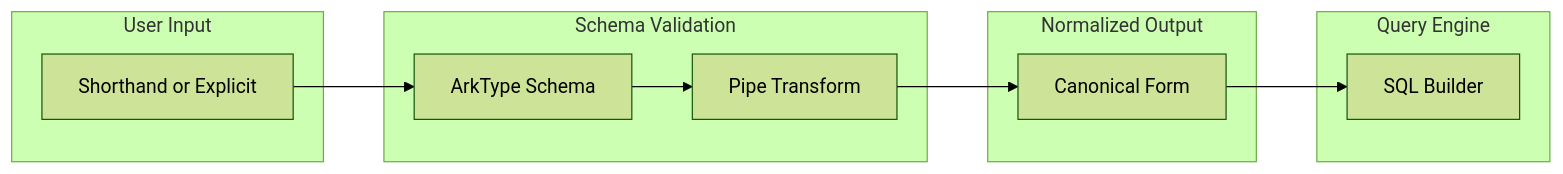
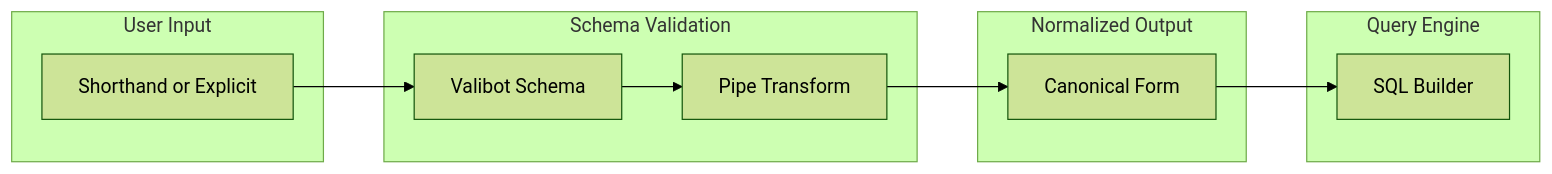
One commit to beynar/viborm changed the first of 4 diagrams in docs/content/docs/internals/normalization.mdx. Above: the diagram before and after it, drawn with Mermaid (forest theme). The commit also changed other lines of this file and 38 other files, not shown here.

````diff
--- a/docs/content/docs/internals/normalization.mdx
+++ b/docs/content/docs/internals/normalization.mdx
@@ -13,24 +13,24 @@
 ```mermaid
 flowchart LR
     subgraph Input["User Input"]
         UI["Shorthand or Explicit"]
     end
 
     subgraph Validation["Schema Validation"]
-        AT[ArkType Schema]
+        VL[Valibot Schema]
         P[Pipe Transform]
     end
 
     subgraph Output["Normalized Output"]
         NO[Canonical Form]
     end
 
     subgraph Engine["Query Engine"]
         QE[SQL Builder]
     end
 
-    UI --> AT
-    AT --> P
+    UI --> VL
+    VL --> P
     P --> NO
     NO --> QE
 ```
````
